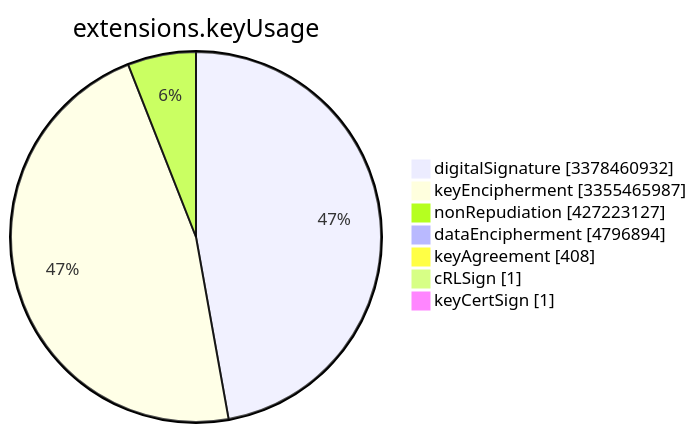
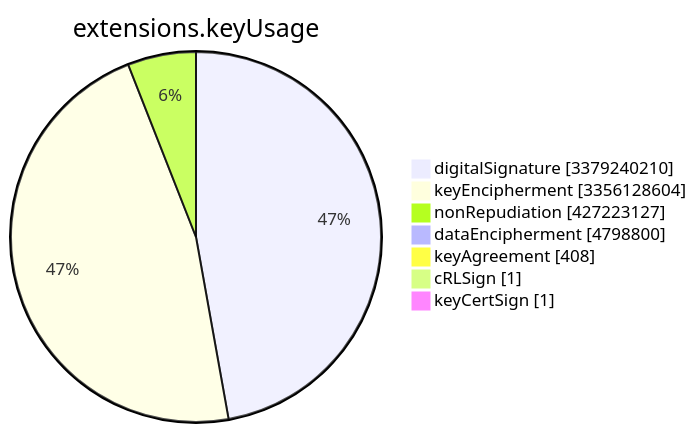
The sixth of 15 diagrams in TOTAL/README.md (christiankrug/ctmonitor_visualization), drawn with Mermaid before and after one commit. The commit also changed other lines of this file, not shown here.

````diff
--- a/TOTAL/README.md
+++ b/TOTAL/README.md
@@ -3079,11 +3079,11 @@
 ```mermaid
 pie showData
 title extensions.keyUsage
-"digitalSignature" :3378460932
-"keyEncipherment" :3355465987
+"digitalSignature" :3379240210
+"keyEncipherment" :3356128604
 "nonRepudiation" :427223127
-"dataEncipherment" :4796894
+"dataEncipherment" :4798800
 "keyAgreement" :408
 "cRLSign" :1
 "keyCertSign" :1
 ```
````
